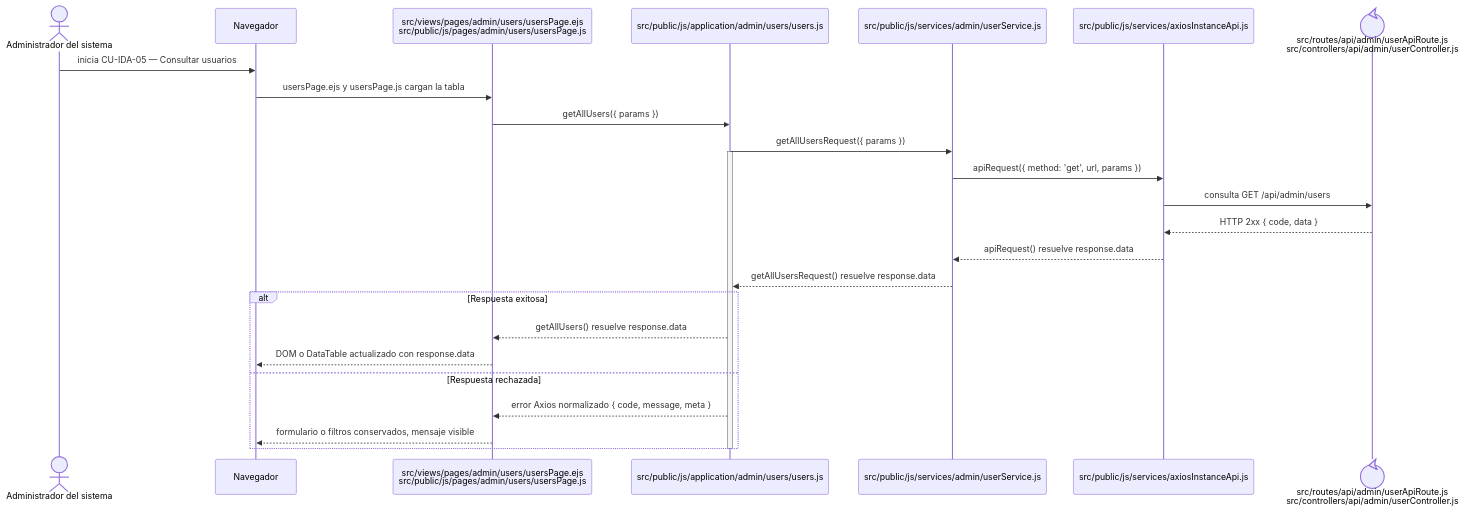
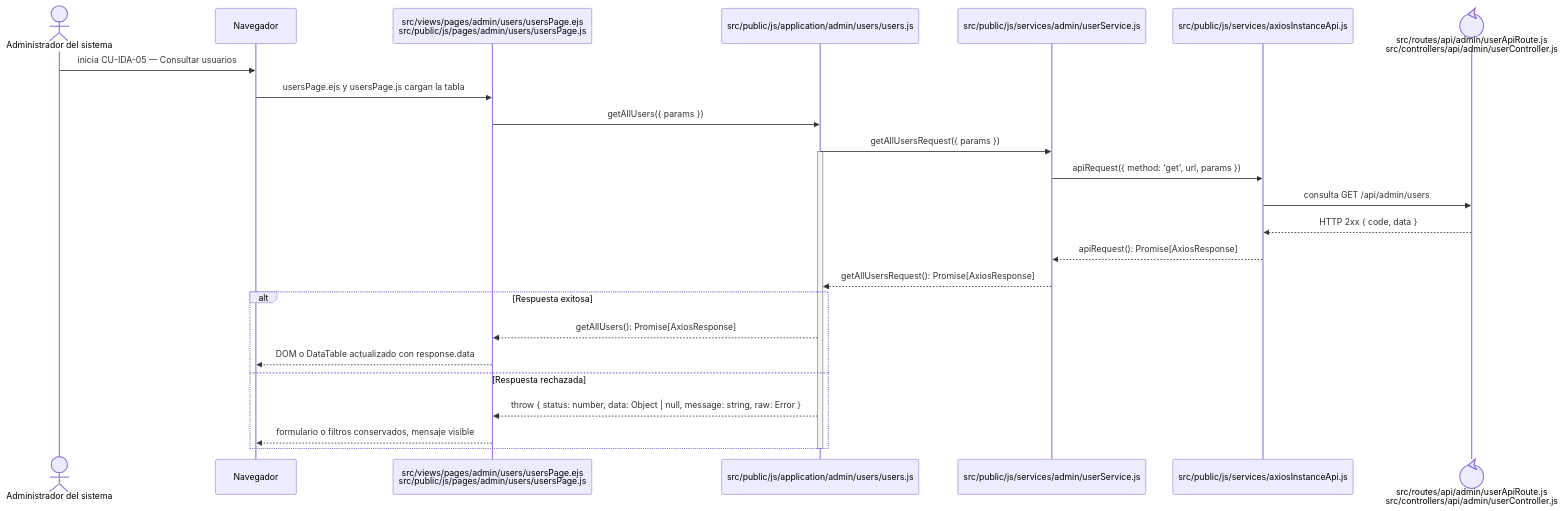
One commit to gpgsistemas01/nexus changed the diagram in docs/architecture/frontend-code-sequences/identity-access/cu-ida-05.md. Above: the diagram before and after it, drawn with Mermaid. The commit also changed 146 other files, not shown here.

````diff
--- a/docs/architecture/frontend-code-sequences/identity-access/cu-ida-05.md
+++ b/docs/architecture/frontend-code-sequences/identity-access/cu-ida-05.md
@@ -6,29 +6,29 @@
 ```mermaid
 sequenceDiagram
     actor Initiator as Administrador del sistema
     participant Browser as Navegador
     participant View as src/views/pages/admin/users/usersPage.ejs<br/>src/public/js/pages/admin/users/usersPage.js
     participant Application as src/public/js/application/admin/users/users.js
     participant Request as src/public/js/services/admin/userService.js
     participant HTTP as src/public/js/services/axiosInstanceApi.js
     participant Transport@{ "type": "control" } as src/routes/api/admin/userApiRoute.js<br/>src/controllers/api/admin/userController.js
 
     Initiator->>Browser: inicia CU-IDA-05 — Consultar usuarios
     Browser->>View: usersPage.ejs y usersPage.js cargan la tabla
     View->>Application: getAllUsers({ params })
     Application->>Request: getAllUsersRequest({ params })
     activate Application
     Request->>HTTP: apiRequest({ method: 'get', url, params })
     HTTP->>Transport: consulta GET /api/admin/users
     Transport-->>HTTP: HTTP 2xx { code, data }
-    HTTP-->>Request: apiRequest() resuelve response.data
-    Request-->>Application: getAllUsersRequest() resuelve response.data
+    HTTP-->>Request: apiRequest(): Promise[AxiosResponse]
+    Request-->>Application: getAllUsersRequest(): Promise[AxiosResponse]
     alt Respuesta exitosa
-        Application-->>View: getAllUsers() resuelve response.data
+        Application-->>View: getAllUsers(): Promise[AxiosResponse]
         View-->>Browser: DOM o DataTable actualizado con response.data
     else Respuesta rechazada
-        Application-->>View: error Axios normalizado { code, message, meta }
+        Application-->>View: throw { status: number, data: Object | null, message: string, raw: Error }
         View-->>Browser: formulario o filtros conservados, mensaje visible
     end
     deactivate Application
 ```
````
